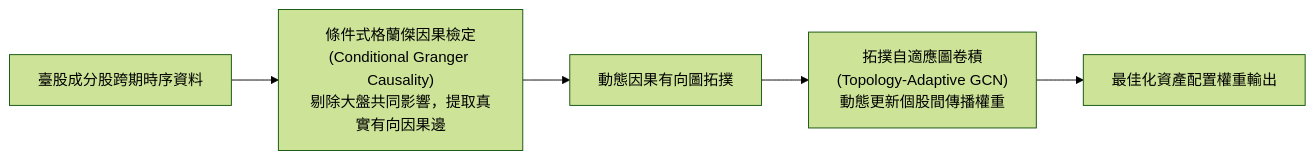
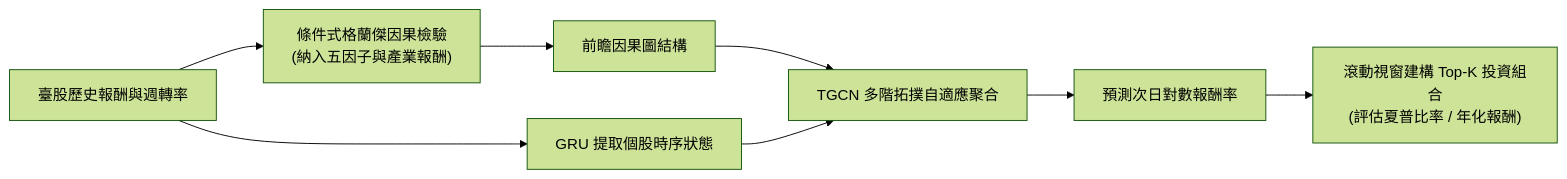
The fourth of 4 diagrams in 5-Master/20260327-AcademicConference/SessionI-特邀專題與學生論文-summary.md (Youchenjiang/kb-records), drawn with Mermaid (forest theme) before and after one commit. The commit also changed other lines of this file and 1 other file, not shown here.

````diff
--- a/5-Master/20260327-AcademicConference/SessionI-特邀專題與學生論文-summary.md
+++ b/5-Master/20260327-AcademicConference/SessionI-特邀專題與學生論文-summary.md
@@ -51,7 +119,9 @@
 ```mermaid
 flowchart LR
-    Stock["臺股成分股跨期時序資料"] --> CGC["條件式格蘭傑因果檢定<br/>(Conditional Granger Causality)<br/>剔除大盤共同影響，提取真實有向因果邊"]
-    CGC --> Graph["動態因果有向圖拓撲"]
-    Graph --> TAGCN["拓撲自適應圖卷積<br/>(Topology-Adaptive GCN)<br/>動態更新個股間傳播權重"]
-    TAGCN --> Portfolio["最佳化資產配置權重輸出"]
+    Stock["臺股歷史報酬與週轉率"] --> CGC["條件式格蘭傑因果檢驗<br/>(納入五因子與產業報酬)"]
+    CGC --> Graph["前瞻因果圖結構"]
+    Stock --> GRU["GRU 提取個股時序狀態"]
+    Graph & GRU --> TGCN["TGCN 多階拓撲自適應聚合"]
+    TGCN --> MLP["預測次日對數報酬率"]
+    MLP --> Portfolio["滾動視窗建構 Top-K 投資組合<br/>(評估夏普比率 / 年化報酬)"]
 ```
````
